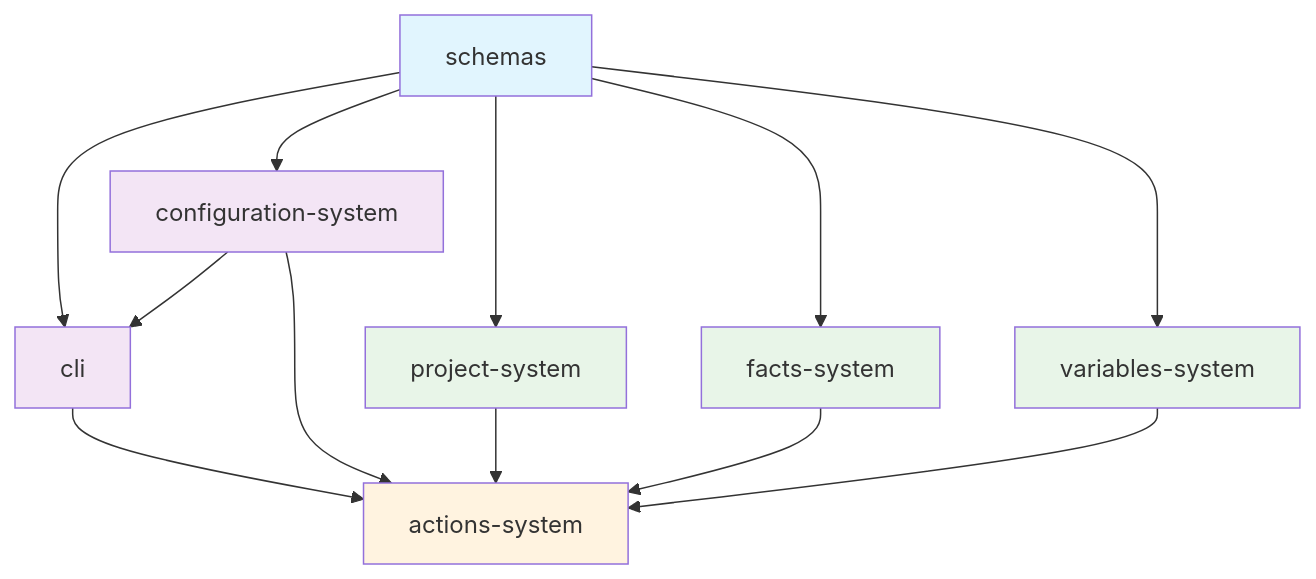
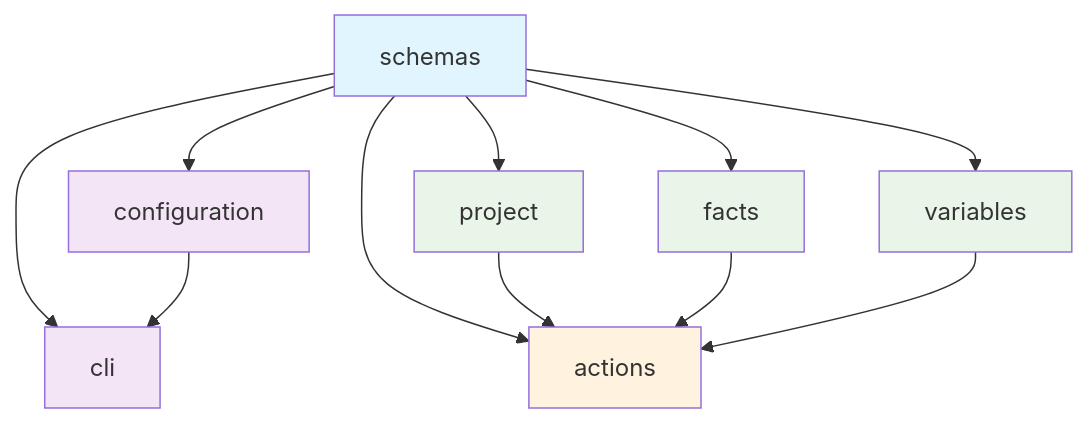
Before and after one commit to snassar/spooky: the second of 2 diagrams in docs/design/spooky-design.md, drawn with Mermaid. The commit also changed other lines of this file and 3 other files, not shown here.

````diff
--- a/docs/design/spooky-design.md
+++ b/docs/design/spooky-design.md
@@ -113,22 +102,21 @@
 ```mermaid
 graph TD
     A[schemas] --> B[cli]
-    A --> C[configuration-system]
-    A --> D[project-system]
-    A --> E[facts-system]
-    A --> F[variables-system]
+    A --> C[configuration]
+    A --> D[project]
+    A --> E[facts]
+    A --> F[variables]
+    A --> G[actions]
     C --> B
-    C --> G[actions-system]
     D --> G
     E --> G
     F --> G
-    B --> G
     
     style A fill:#e1f5fe
     style B fill:#f3e5f5
     style C fill:#f3e5f5
     style D fill:#e8f5e8
     style E fill:#e8f5e8
     style F fill:#e8f5e8
     style G fill:#fff3e0
 ```
````
